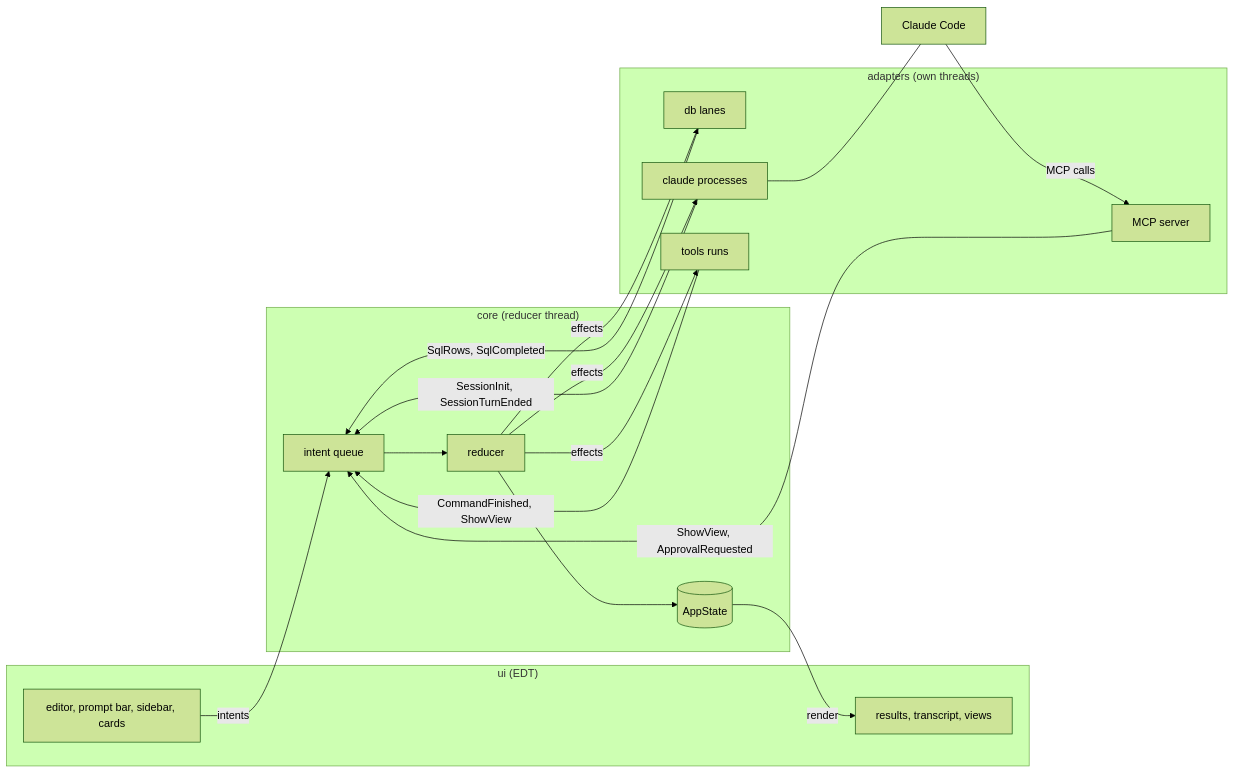
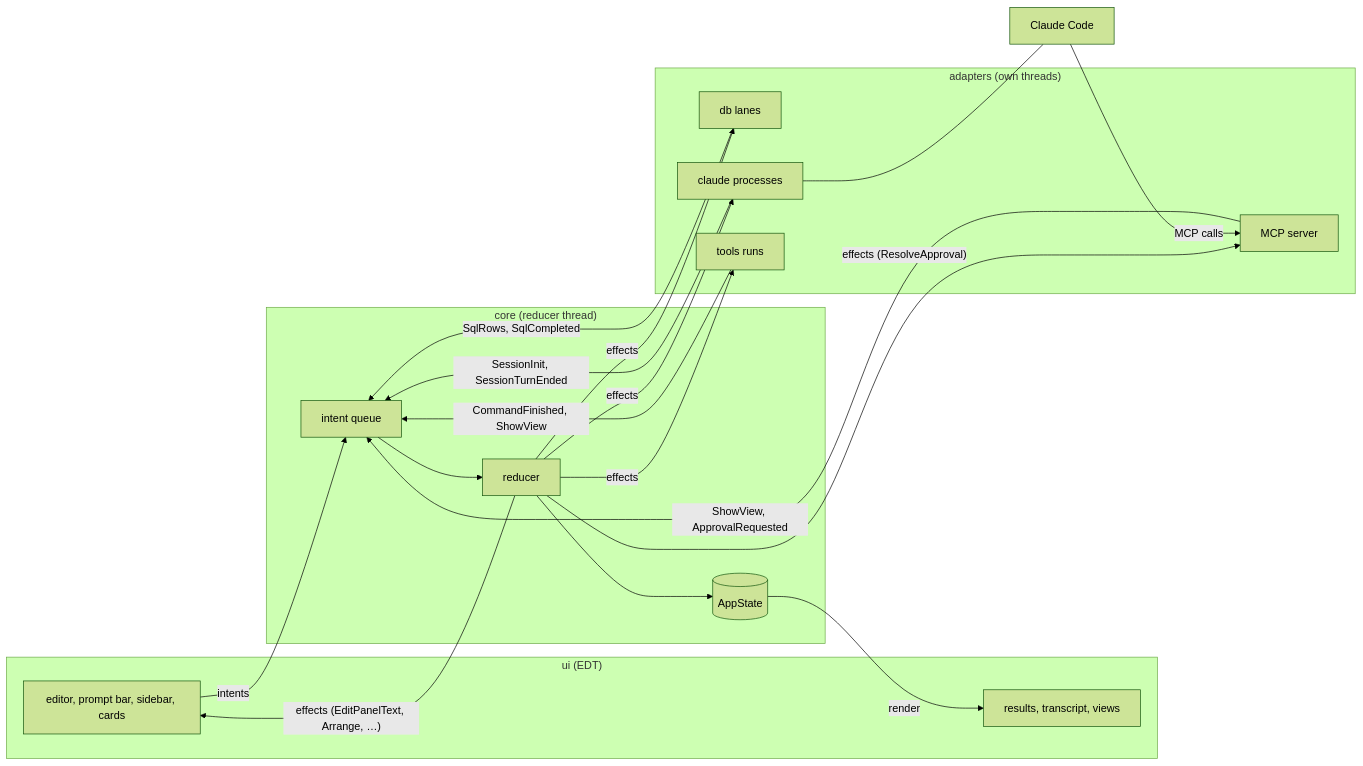
Before and after one commit to marregui/comando: the second of 2 diagrams in docs/architecture/README.md, drawn with Mermaid (forest theme). The commit also changed other lines of this file and 42 other files, not shown here.

````diff
--- a/docs/architecture/README.md
+++ b/docs/architecture/README.md
@@ -44,27 +44,29 @@
 ```mermaid
 flowchart LR
   subgraph UI["ui (EDT)"]
     ED["editor, prompt bar, sidebar, cards"]
     VW["results, transcript, views"]
   end
   subgraph CORE["core (reducer thread)"]
     Q["intent queue"] --> R["reducer"] --> S[("AppState")]
   end
   subgraph ADP["adapters (own threads)"]
     DBA["db lanes"]
     CL["claude processes"]
     MC["MCP server"]
     TL["tools runs"]
   end
   ED -->|intents| Q
   S -->|render| VW
   R -->|effects| DBA
   R -->|effects| CL
   R -->|effects| TL
+  R -->|"effects (ResolveApproval)"| MC
+  R -->|"effects (EditPanelText, Arrange, …)"| ED
   DBA -->|"SqlRows, SqlCompleted"| Q
   CL -->|"SessionInit, SessionTurnEnded"| Q
   CC["Claude Code"] -->|"MCP calls"| MC
   CL --- CC
   MC -->|"ShowView, ApprovalRequested"| Q
   TL -->|"CommandFinished, ShowView"| Q
 ```
````
